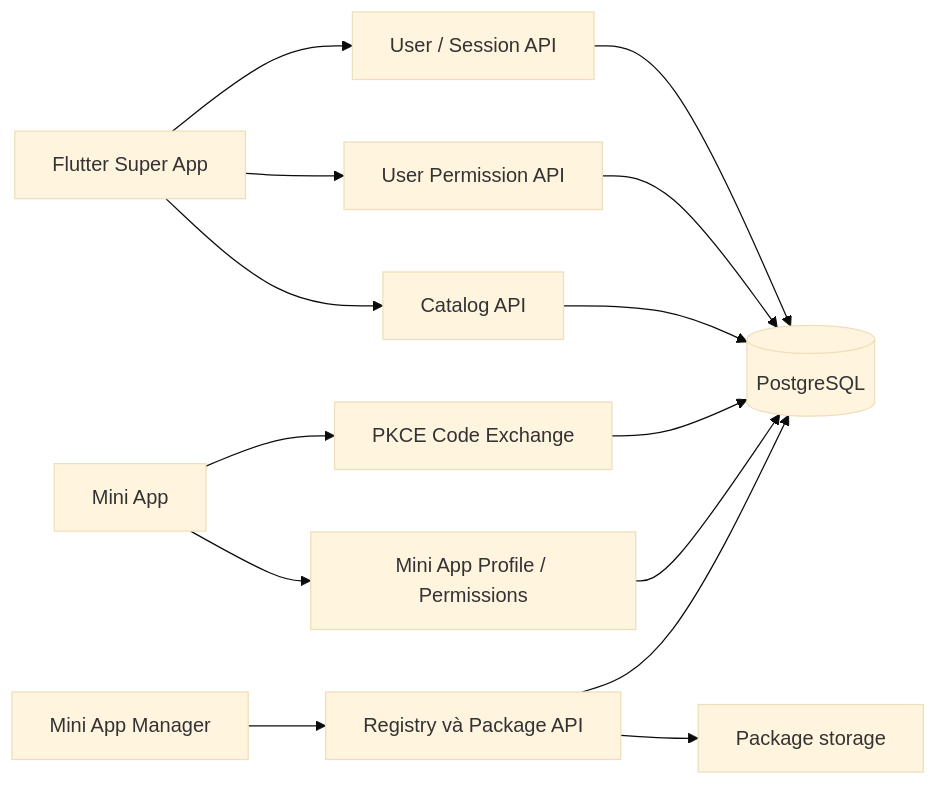
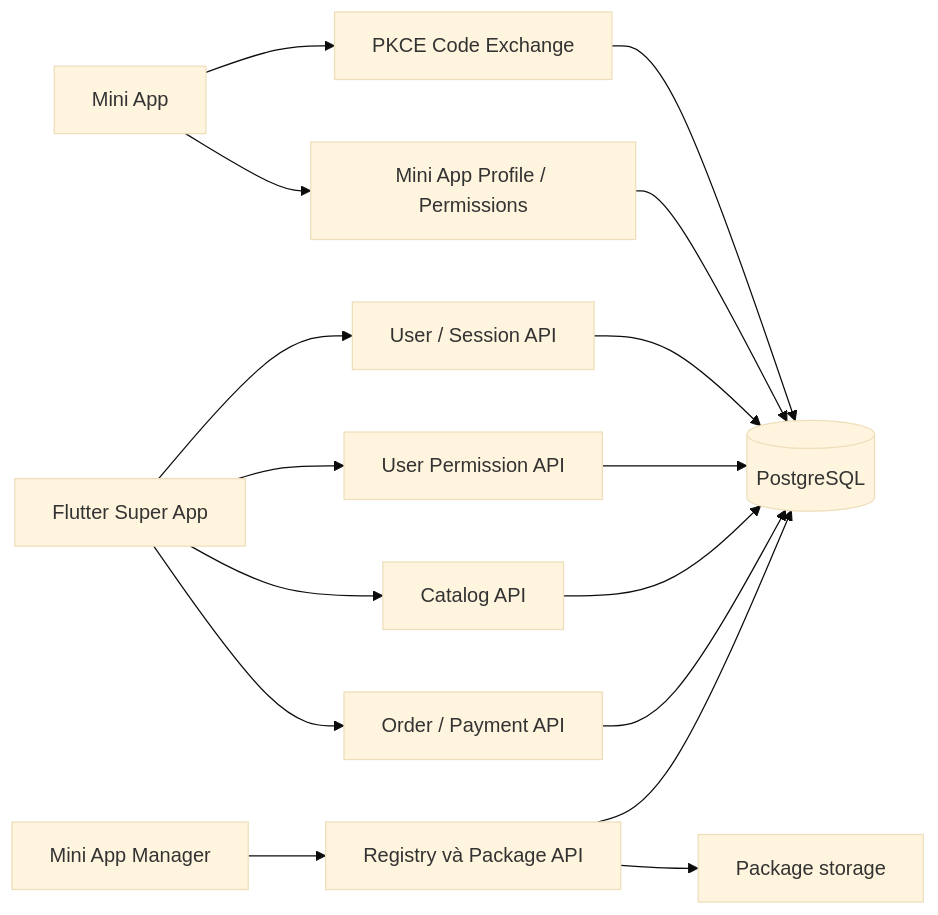
Before and after one commit to vqh2602/superapp_platform: the diagram in docs/backend.md, drawn with Mermaid (base theme). The commit also changed other lines of this file and 20 other files, not shown here.

Commit message:
feat: integrate backend order service and repository for payment handling

````diff
--- a/docs/backend.md
+++ b/docs/backend.md
@@ -29,16 +31,18 @@
 ```mermaid
 flowchart LR
     Manager[Mini App Manager] --> Registry[Registry và Package API]
     SuperApp[Flutter Super App] --> Auth[User / Session API]
     SuperApp --> Consent[User Permission API]
     SuperApp --> Catalog[Catalog API]
+    SuperApp --> Orders[Order / Payment API]
     MiniApp[Mini App] --> Exchange[PKCE Code Exchange]
     MiniApp --> Profile[Mini App Profile / Permissions]
     Auth --> DB[(PostgreSQL)]
     Consent --> DB
     Exchange --> DB
     Profile --> DB
     Registry --> DB
     Catalog --> DB
+    Orders --> DB
     Registry --> Files[Package storage]
 ```
````
